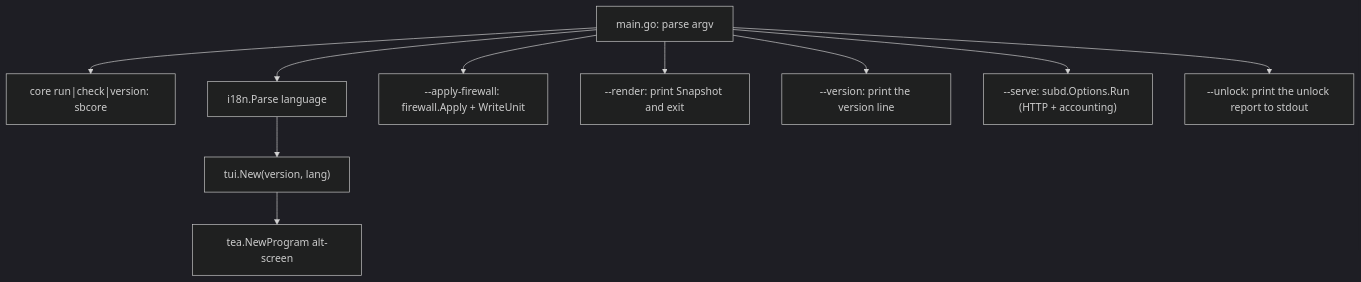
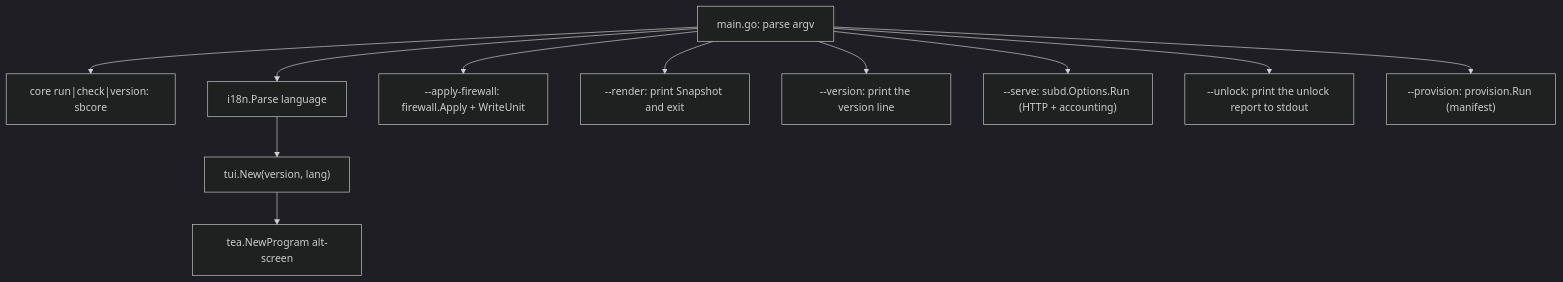
One commit to EasySBTeam/EasySB-Docs changed the diagram in docs/en/dev/architecture.md. Above: the diagram before and after it, drawn with Mermaid (dark theme). The commit also changed other lines of this file and 14 other files, not shown here.

````diff
--- a/docs/en/dev/architecture.md
+++ b/docs/en/dev/architecture.md
@@ -138,12 +139,13 @@
 ```mermaid
 graph TD
     A["main.go: parse argv"] --> N["core run|check|version: sbcore"]
     A --> B["i18n.Parse language"]
     B --> C["tui.New(version, lang)"]
     C --> D["tea.NewProgram alt-screen"]
     A --> E["--apply-firewall: firewall.Apply + WriteUnit"]
     A --> F["--render: print Snapshot and exit"]
     A --> G["--version: print the version line"]
     A --> H["--serve: subd.Options.Run (HTTP + accounting)"]
     A --> I["--unlock: print the unlock report to stdout"]
+    A --> J["--provision: provision.Run (manifest)"]
 ```
````
